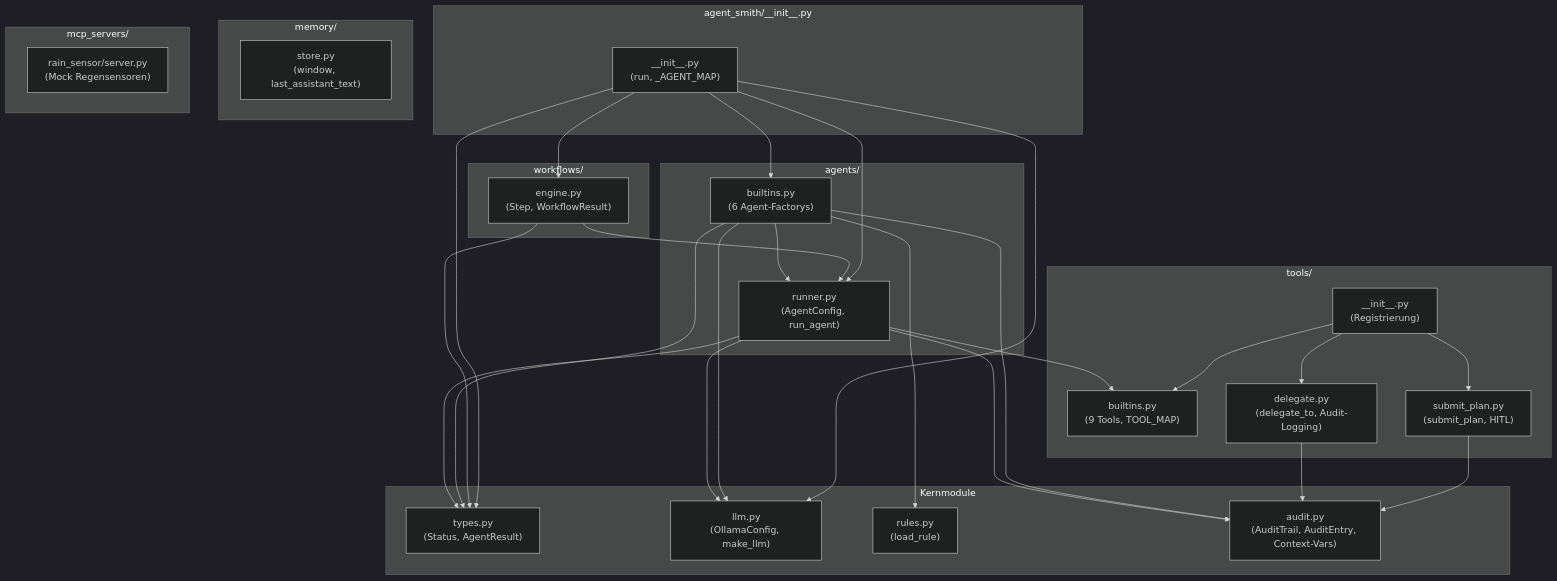
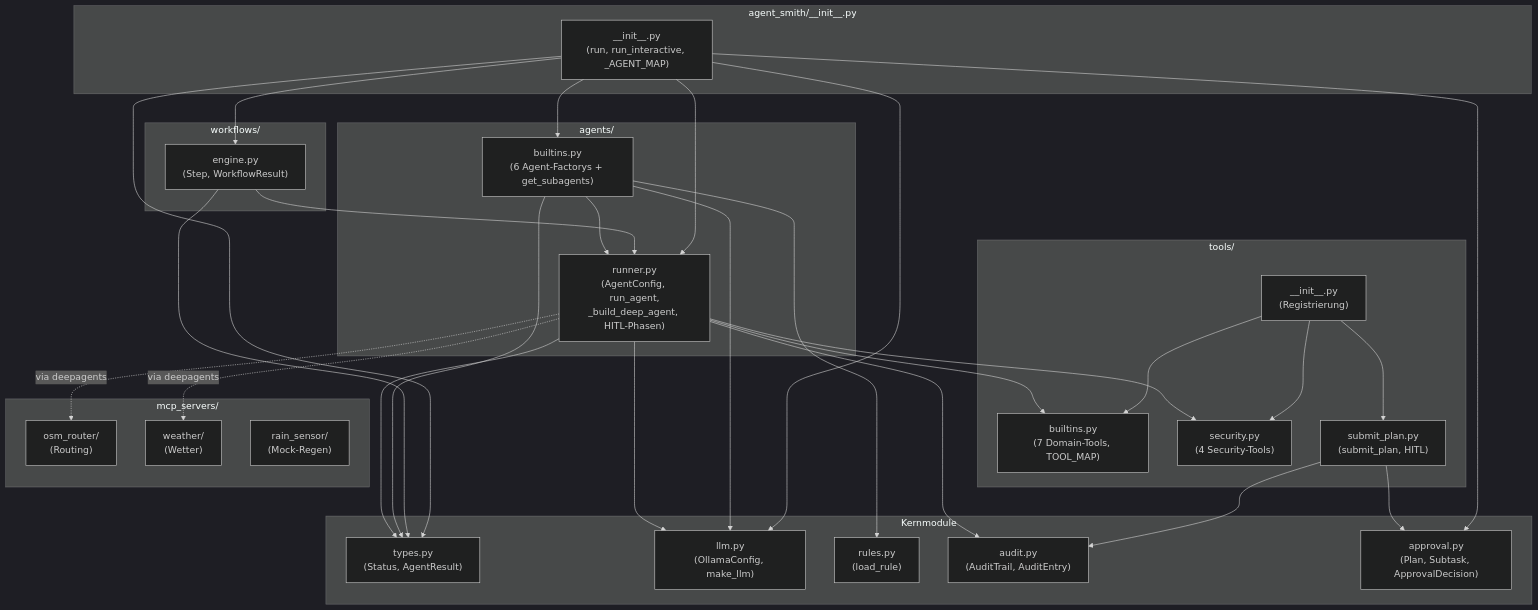
The first of 8 diagrams in docs/architektur.md (schraenko/agent-smith), drawn with Mermaid (dark theme) before and after one commit. The commit also changed other lines of this file and 26 other files, not shown here.

````diff
--- a/docs/architektur.md
+++ b/docs/architektur.md
@@ -100,59 +109,61 @@
 ```mermaid
 graph TD
     subgraph "agent_smith/__init__.py"
-        INIT["__init__.py<br/>(run, _AGENT_MAP)"]
+        INIT["__init__.py<br/>(run, run_interactive, _AGENT_MAP)"]
     end
 
     subgraph "Kernmodule"
         TYPES["types.py<br/>(Status, AgentResult)"]
         LLM["llm.py<br/>(OllamaConfig, make_llm)"]
         RULES["rules.py<br/>(load_rule)"]
-        AUDIT["audit.py<br/>(AuditTrail, AuditEntry, Context-Vars)"]
+        AUDIT["audit.py<br/>(AuditTrail, AuditEntry)"]
+        APPROVAL["approval.py<br/>(Plan, Subtask, ApprovalDecision)"]
     end
 
     subgraph "agents/"
-        RUNNER["runner.py<br/>(AgentConfig, run_agent)"]
-        BUILTINS_A["builtins.py<br/>(6 Agent-Factorys)"]
+        RUNNER["runner.py<br/>(AgentConfig, run_agent,<br/>_build_deep_agent, HITL-Phasen)"]
+        BUILTINS_A["builtins.py<br/>(6 Agent-Factorys + get_subagents)"]
     end
 
     subgraph "tools/"
-        TOOLS_B["builtins.py<br/>(9 Tools, TOOL_MAP)"]
-        DELEGATE["delegate.py<br/>(delegate_to, Audit-Logging)"]
+        TOOLS_B["builtins.py<br/>(7 Domain-Tools, TOOL_MAP)"]
+        SECURITY["security.py<br/>(4 Security-Tools)"]
         SUBMIT_PLAN["submit_plan.py<br/>(submit_plan, HITL)"]
         TOOLS_INIT["__init__.py<br/>(Registrierung)"]
     end
 
     subgraph "workflows/"
         ENGINE["engine.py<br/>(Step, WorkflowResult)"]
     end
 
-    subgraph "memory/"
-        STORE["store.py<br/>(window, last_assistant_text)"]
-    end
-
     subgraph "mcp_servers/"
-        MCP["rain_sensor/server.py<br/>(Mock Regensensoren)"]
+        MCP_OSM["osm_router/<br/>(Routing)"]
+        MCP_WEATHER["weather/<br/>(Wetter)"]
+        MCP_RAIN["rain_sensor/<br/>(Mock-Regen)"]
     end
 
     RUNNER --> LLM
     RUNNER --> TOOLS_B
+    RUNNER --> SECURITY
     RUNNER --> TYPES
     RUNNER --> AUDIT
+    RUNNER -.->|via deepagents| MCP_OSM
+    RUNNER -.->|via deepagents| MCP_WEATHER
     BUILTINS_A --> RUNNER
     BUILTINS_A --> LLM
     BUILTINS_A --> RULES
     BUILTINS_A --> TYPES
-    BUILTINS_A --> AUDIT
     TOOLS_INIT --> TOOLS_B
-    TOOLS_INIT --> DELEGATE
+    TOOLS_INIT --> SECURITY
     TOOLS_INIT --> SUBMIT_PLAN
-    DELEGATE --> AUDIT
+    SUBMIT_PLAN --> APPROVAL
     SUBMIT_PLAN --> AUDIT
     ENGINE --> RUNNER
     ENGINE --> TYPES
     INIT --> RUNNER
     INIT --> BUILTINS_A
     INIT --> LLM
     INIT --> TYPES
     INIT --> ENGINE
+    INIT --> APPROVAL
 ```
````
